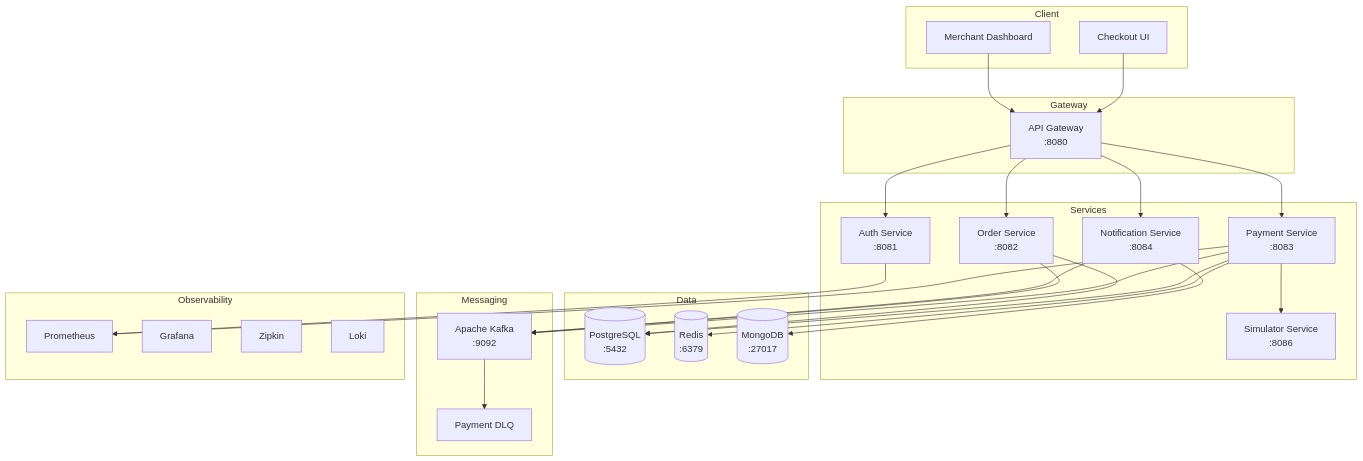
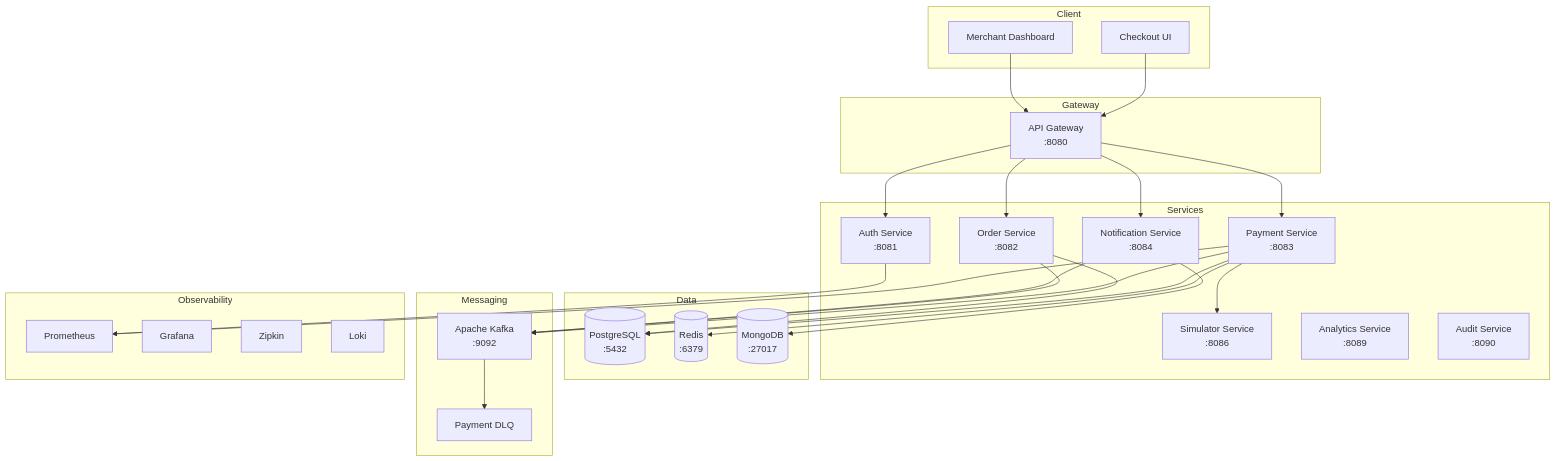
The first of 2 diagrams in README.md (Drive10/payment-gateway), drawn with Mermaid before and after one commit. The commit also changed other lines of this file and 3 other files, not shown here.

Commit message:
docs: update project structure to src/ with analytics and audit services

````diff
--- a/README.md
+++ b/README.md
@@ -30,55 +30,57 @@
 ```mermaid
 graph TB
     subgraph Client
         UI[Checkout UI]
         Dashboard[Merchant Dashboard]
     end
 
     subgraph Gateway
         AG[API Gateway<br/>:8080]
     end
 
     subgraph Services
         Auth[Auth Service<br/>:8081]
         Order[Order Service<br/>:8082]
         Payment[Payment Service<br/>:8083]
         Notification[Notification Service<br/>:8084]
         Simulator[Simulator Service<br/>:8086]
+        Analytics[Analytics Service<br/>:8089]
+        Audit[Audit Service<br/>:8090]
     end
 
     subgraph Data
         PG[(PostgreSQL<br/>:5432)]
         Redis[(Redis<br/>:6379)]
         Mongo[(MongoDB<br/>:27017)]
     end
 
     subgraph Messaging
         Kafka[Apache Kafka<br/>:9092]
         DLQ[Payment DLQ]
     end
 
     subgraph Observability
         Prometheus[Prometheus]
         Grafana[Grafana]
         Zipkin[Zipkin]
         Loki[Loki]
     end
 
     UI --> AG
     Dashboard --> AG
     AG --> Auth
     AG --> Order
     AG --> Payment
     AG --> Notification
     Payment --> Simulator
     Payment --> PG
     Payment --> Redis
     Payment --> Kafka
     Order --> PG
     Order --> Kafka
     Notification --> Kafka
     Notification --> Mongo
     Kafka --> DLQ
     Payment --> Prometheus
     Auth --> Prometheus
 ```
````
